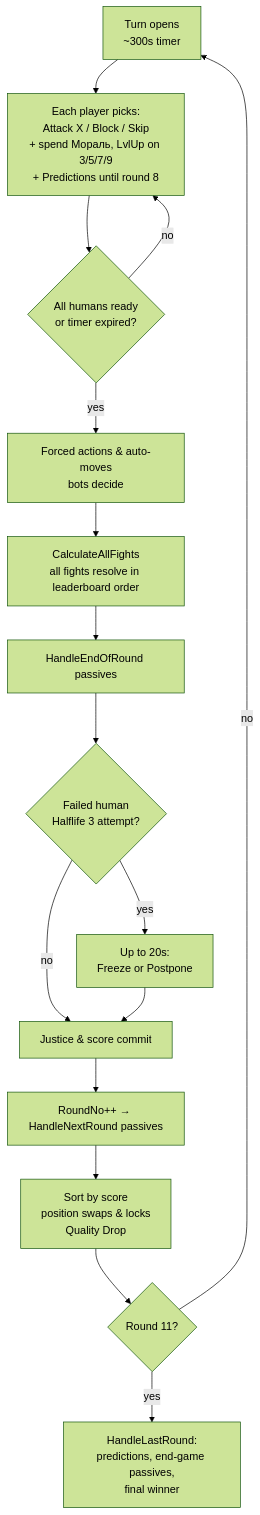
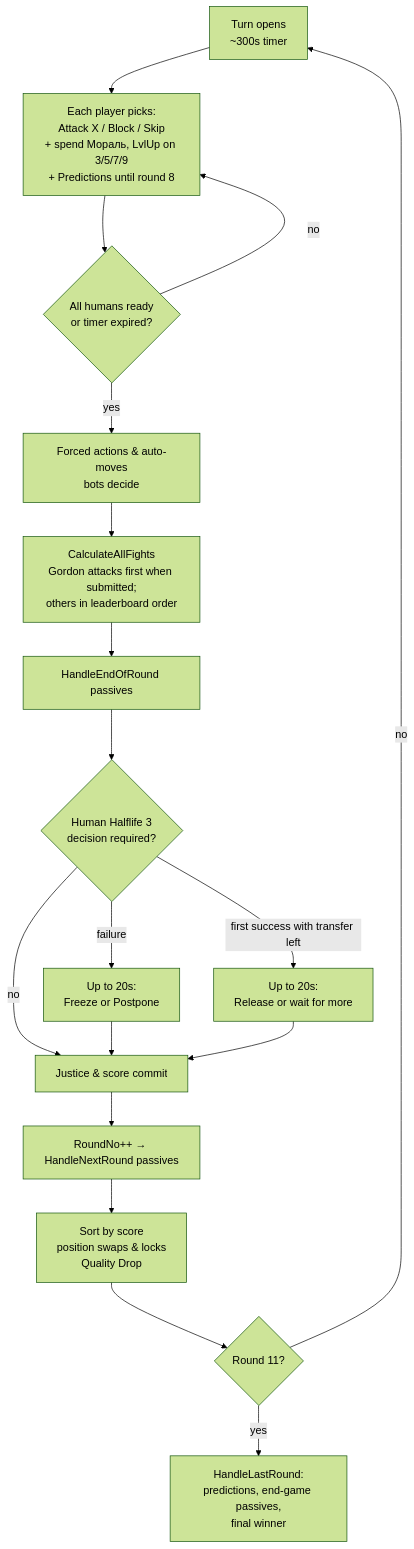
The first of 3 diagrams in docs/GAME-DESIGN.md (akulihin/King-of-the-Garbage-Hill), drawn with Mermaid (forest theme) before and after one commit. The commit also changed other lines of this file and 127 other files, not shown here.

````diff
--- a/docs/GAME-DESIGN.md
+++ b/docs/GAME-DESIGN.md
@@ -17,18 +17,20 @@
 ```mermaid
 flowchart TD
     A[Turn opens<br/>~300s timer] --> B[Each player picks:<br/>Attack X / Block / Skip<br/>+ spend Мораль, LvlUp on 3/5/7/9<br/>+ Predictions until round 8]
     B --> C{All humans ready<br/>or timer expired?}
     C -->|no| B
     C -->|yes| D[Forced actions & auto-moves<br/>bots decide]
-    D --> E[CalculateAllFights<br/>all fights resolve in leaderboard order]
+    D --> E[CalculateAllFights<br/>Gordon attacks first when submitted;<br/>others in leaderboard order]
     E --> F[HandleEndOfRound passives]
-    F --> P{Failed human<br/>Halflife 3 attempt?}
-    P -->|yes| Q[Up to 20s:<br/>Freeze or Postpone]
+    F --> P{Human Halflife 3<br/>decision required?}
+    P -->|failure| Q[Up to 20s:<br/>Freeze or Postpone]
+    P -->|first success with transfer left| R[Up to 20s:<br/>Release or wait for more]
     P -->|no| S[Justice & score commit]
     Q --> S
+    R --> S
     S --> G[RoundNo++ → HandleNextRound passives]
     G --> H[Sort by score<br/>position swaps & locks<br/>Quality Drop]
     H --> I{Round 11?}
     I -->|no| A
     I -->|yes| J[HandleLastRound:<br/>predictions, end-game passives,<br/>final winner]
 ```
````
